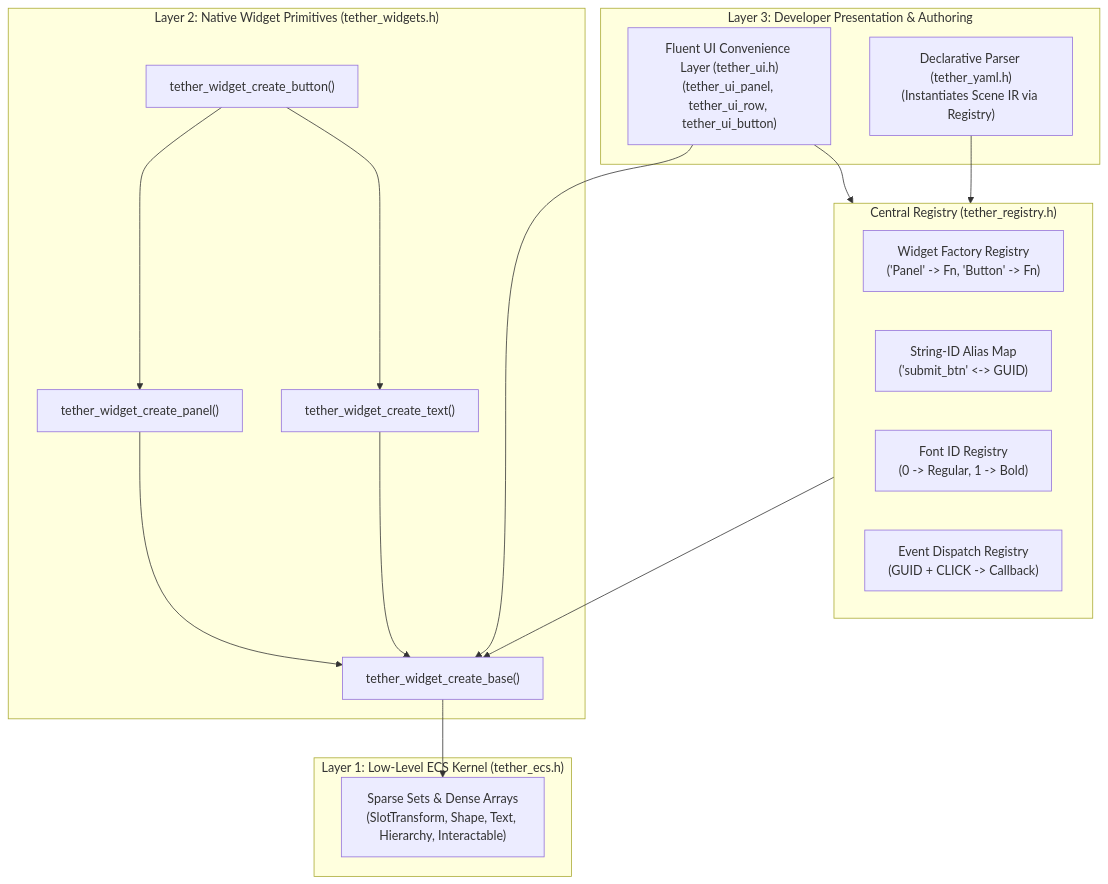
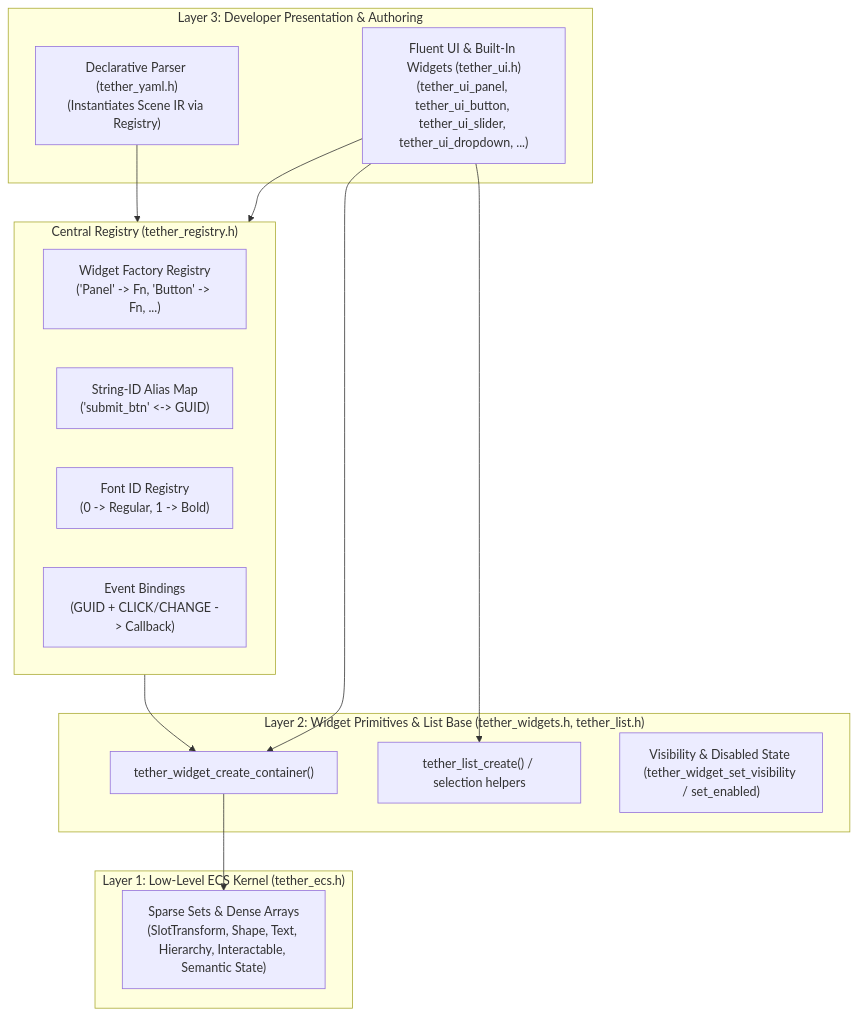
Before and after one commit to Yuvi-GD/Tether: the first of 4 diagrams in docs/technical/05_ui_framework_and_widgets.md, drawn with Mermaid. The commit also changed other lines of this file and 24 other files, not shown here.

Commit message:
docs: align technical docs with v0.0.3-preview and clarify presentation roadmap

````diff
--- a/docs/technical/05_ui_framework_and_widgets.md
+++ b/docs/technical/05_ui_framework_and_widgets.md
@@ -23,35 +23,31 @@
 ```mermaid
 flowchart TD
     subgraph Layer3["Layer 3: Developer Presentation & Authoring"]
-        Fluent["Fluent UI Convenience Layer (tether_ui.h)\n(tether_ui_panel, tether_ui_row, tether_ui_button)"]
+        Fluent["Fluent UI & Built-In Widgets (tether_ui.h)\n(tether_ui_panel, tether_ui_button, tether_ui_slider, tether_ui_dropdown, ...)"]
         Parser["Declarative Parser (tether_yaml.h)\n(Instantiates Scene IR via Registry)"]
     end
 
-    subgraph Layer2["Layer 2: Native Widget Primitives (tether_widgets.h)"]
-        W_Base["tether_widget_create_base()"]
-        W_Panel["tether_widget_create_panel()"]
-        W_Text["tether_widget_create_text()"]
-        W_Button["tether_widget_create_button()"]
+    subgraph Layer2["Layer 2: Widget Primitives & List Base (tether_widgets.h, tether_list.h)"]
+        W_Base["tether_widget_create_container()"]
+        W_List["tether_list_create() / selection helpers"]
+        W_State["Visibility & Disabled State (tether_widget_set_visibility / set_enabled)"]
     end
 
     subgraph CentralReg["Central Registry (tether_registry.h)"]
-        W_Reg["Widget Factory Registry\n('Panel' -> Fn, 'Button' -> Fn)"]
+        W_Reg["Widget Factory Registry\n('Panel' -> Fn, 'Button' -> Fn, ...)"]
         ID_Reg["String-ID Alias Map\n('submit_btn' <-> GUID)"]
         Font_Reg["Font ID Registry\n(0 -> Regular, 1 -> Bold)"]
-        Event_Reg["Event Dispatch Registry\n(GUID + CLICK -> Callback)"]
+        Event_Reg["Event Bindings\n(GUID + CLICK/CHANGE -> Callback)"]
     end
 
     subgraph Layer1["Layer 1: Low-Level ECS Kernel (tether_ecs.h)"]
-        ECS["Sparse Sets & Dense Arrays\n(SlotTransform, Shape, Text, Hierarchy, Interactable)"]
+        ECS["Sparse Sets & Dense Arrays\n(SlotTransform, Shape, Text, Hierarchy, Interactable, Semantic State)"]
     end
 
     Fluent --> W_Base
+    Fluent --> W_List
     Fluent --> CentralReg
     Parser --> CentralReg
     CentralReg --> W_Base
-    W_Panel --> W_Base
-    W_Text --> W_Base
-    W_Button --> W_Panel
-    W_Button --> W_Text
     W_Base --> ECS
 ```
````
